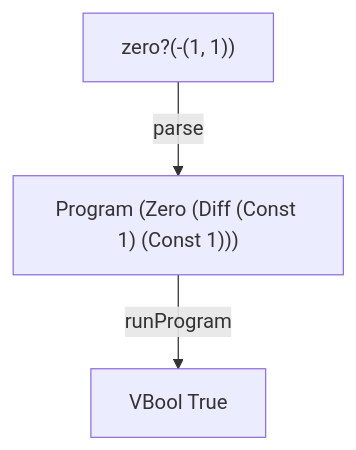
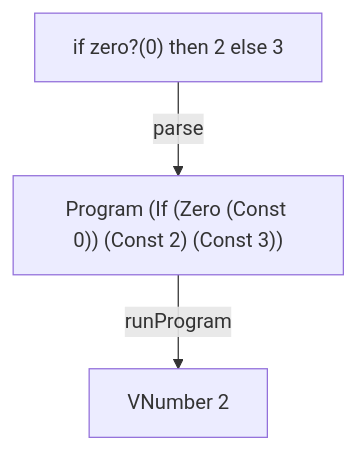
Before and after one commit to tinyinterpreters/if: the diagram in README.md, drawn with Mermaid. The commit also changed other lines of this file, not shown here.

````diff
--- a/README.md
+++ b/README.md
@@ -9,5 +9,5 @@
 ```mermaid
 flowchart TD
-    A["zero?(-(1, 1))"] -->|parse| B["Program (Zero (Diff (Const 1) (Const 1)))"]
-    B -->|runProgram| C["VBool True"]
+    A["if zero?(0) then 2 else 3"] -->|parse| B["Program (If (Zero (Const 0)) (Const 2) (Const 3))"]
+    B -->|runProgram| C["VNumber 2"]
 ```
````
